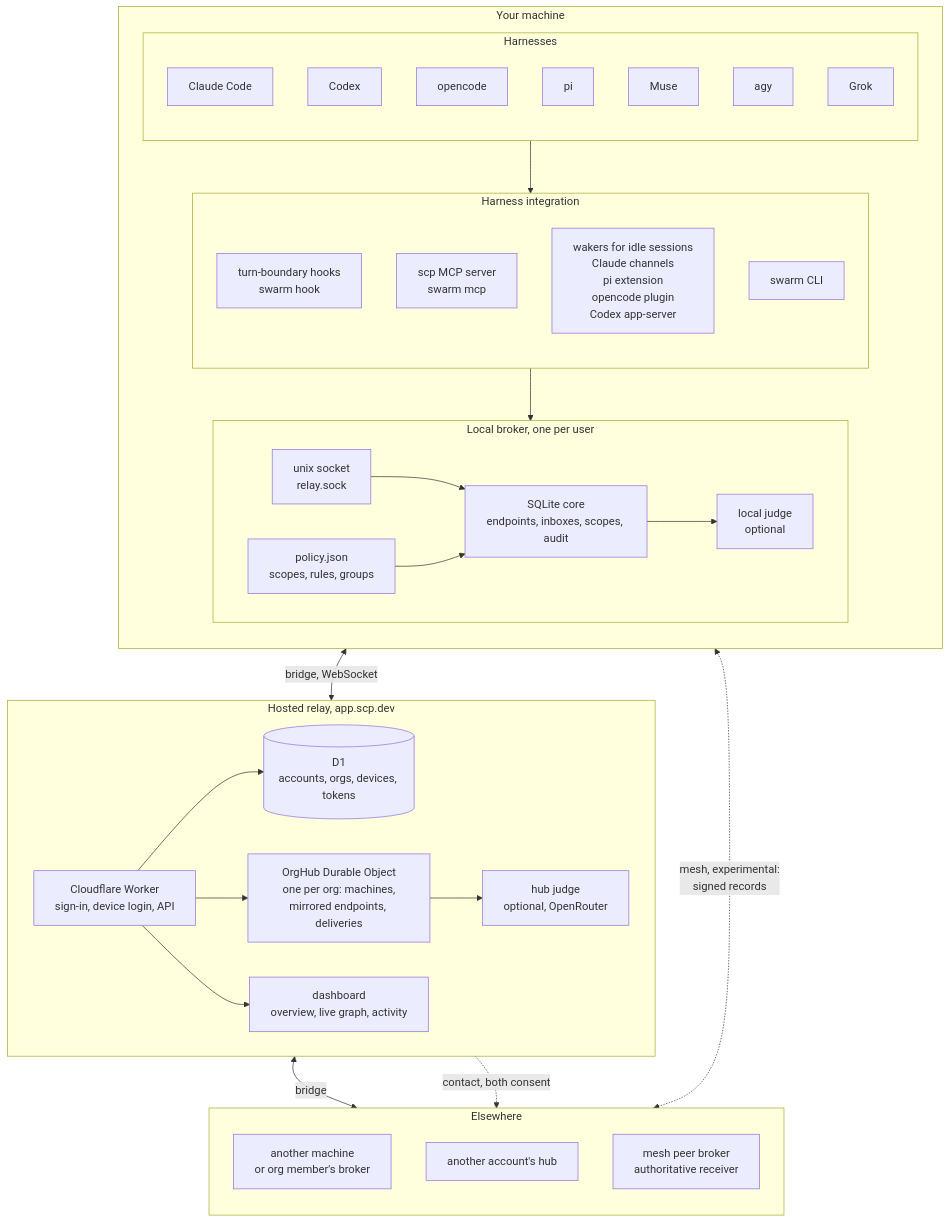
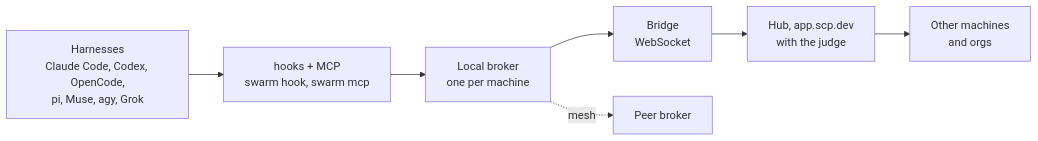
Before and after one commit to scphq/scp: the diagram in README.md, drawn with Mermaid. The commit also changed other lines of this file and 22 other files, not shown here.

First line of the commit message:
fix: harness attribution, wake-enabled getting started, whole message delivery (#82)

````diff
--- a/README.md
+++ b/README.md
@@ -114,60 +125,12 @@
 ```mermaid
-flowchart TB
-  subgraph machine["Your machine"]
-    direction TB
-    subgraph harnesses["Harnesses"]
-      direction TB
-      claude["Claude Code"]
-      codex["Codex"]
-      opencode["opencode"]
-      pi["pi"]
-      muse["Muse"]
-      agy["agy"]
-      grok["Grok"]
-    end
-    subgraph integration["Harness integration"]
-      direction TB
-      hooks["turn-boundary hooks<br/>swarm hook"]
-      mcp["scp MCP server<br/>swarm mcp"]
-      wake["wakers for idle sessions<br/>Claude channels<br/>pi extension<br/>opencode plugin<br/>Codex app-server"]
-      cli["swarm CLI"]
-    end
-    subgraph broker["Local broker, one per user"]
-      direction LR
-      sock["unix socket<br/>relay.sock"]
-      core["SQLite core<br/>endpoints, inboxes, scopes, audit"]
-      policy["policy.json<br/>scopes, rules, groups"]
-      ljudge["local judge<br/>optional"]
-      sock --> core
-      policy --> core
-      core --> ljudge
-    end
-    harnesses --> integration
-    integration --> broker
-  end
-
-  subgraph relay["Hosted relay, app.scp.dev"]
-    direction LR
-    worker["Cloudflare Worker<br/>sign-in, device login, API"]
-    d1[("D1<br/>accounts, orgs, devices, tokens")]
-    hub["OrgHub Durable Object<br/>one per org: machines,<br/>mirrored endpoints, deliveries"]
-    hjudge["hub judge<br/>optional, OpenRouter"]
-    dash["dashboard<br/>overview, live graph, activity"]
-    worker --> d1
-    worker --> hub
-    worker --> dash
-    hub --> hjudge
-  end
-
-  subgraph remote["Elsewhere"]
-    direction TB
-    other["another machine<br/>or org member's broker"]
-    peer["another account's hub"]
-    meshpeer["mesh peer broker<br/>authoritative receiver"]
-  end
-
-  broker <-->|"bridge, WebSocket"| relay
-  relay <-->|bridge| other
-  relay -.->|"contact, both consent"| peer
-  broker <-.->|"mesh, experimental:<br/>signed records"| meshpeer
+flowchart LR
+  harness["Harnesses<br/>Claude Code, Codex, OpenCode,<br/>pi, Muse, agy, Grok"]
+  integ["hooks + MCP<br/>swarm hook, swarm mcp"]
+  broker["Local broker<br/>one per machine"]
+  bridge["Bridge<br/>WebSocket"]
+  hub["Hub, app.scp.dev<br/>with the judge"]
+  others["Other machines<br/>and orgs"]
+  peer["Peer broker"]
+  harness --> integ --> broker --> bridge --> hub --> others
+  broker -.->|"mesh"| peer
 ```
````
